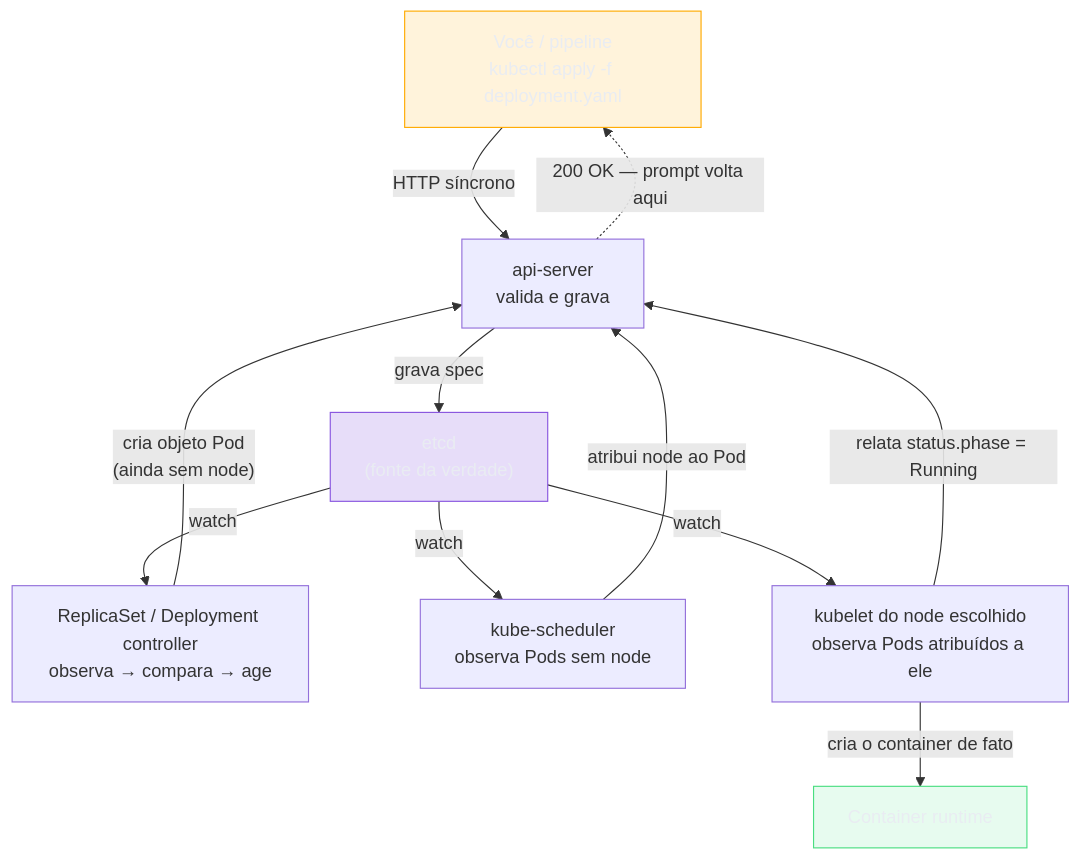
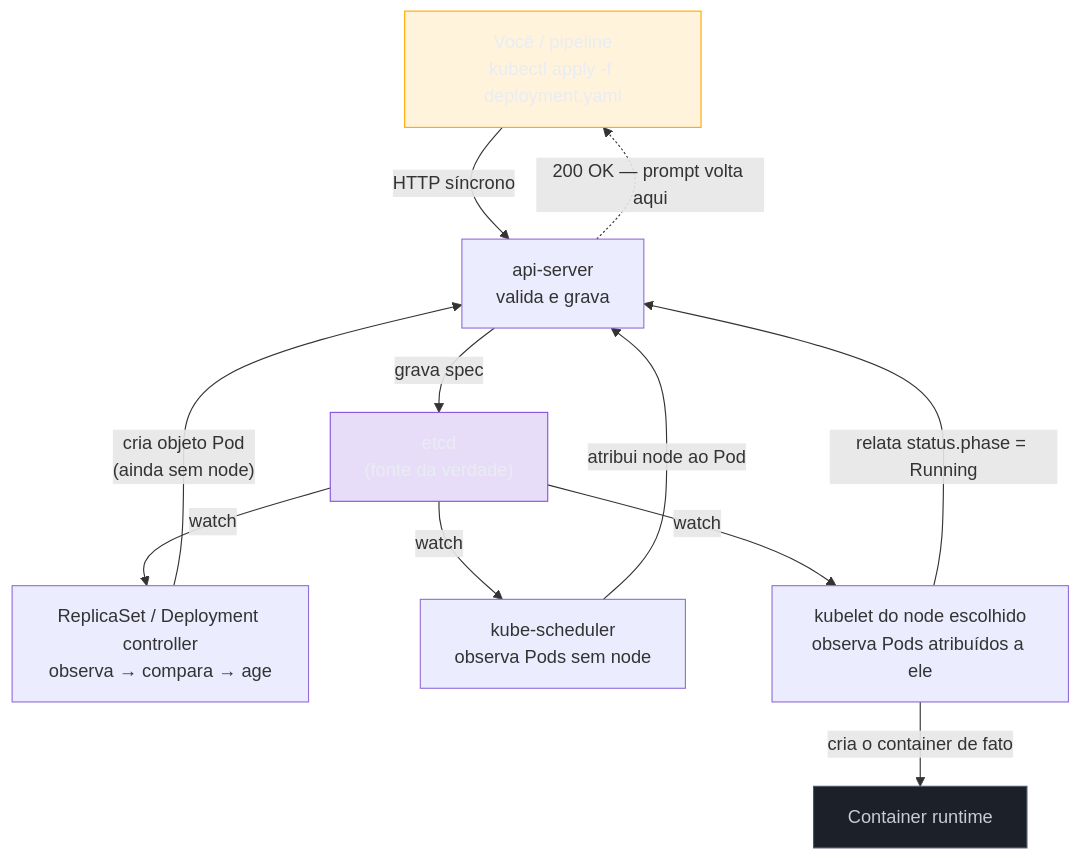
One commit to josenaldo/codex-technomanticus changed the fifth of 5 diagrams in 03-Dominios/Tecnologia/Infraestrutura/Kubernetes/02 - O loop de reconciliação.md. Above: the diagram before and after it, drawn with Mermaid. The commit also changed other lines of this file and 601 other files, not shown here.

````diff
--- a/03-Dominios/Tecnologia/Infraestrutura/Kubernetes/02 - O loop de reconciliação.md
+++ b/03-Dominios/Tecnologia/Infraestrutura/Kubernetes/02 - O loop de reconciliação.md
@@ -359,23 +359,23 @@
 ```mermaid
 graph TB
+    classDef neutro fill:#1B2029,stroke:#4E5666,color:#C6CCD8
     classDef destaque fill:#FFAA0024,stroke:#FFAA00,color:#E9ECF2
     classDef marca fill:#8855DF33,stroke:#8855DF,color:#E9ECF2
-    classDef ok fill:#4ADE8021,stroke:#4ADE80,color:#E9ECF2
     U["Você / pipeline<br/>kubectl apply -f deployment.yaml"] -->|"HTTP síncrono"| AS["api-server<br/>valida e grava"]
     AS -->|"grava spec"| ETCD["etcd<br/>(fonte da verdade)"]
     AS -.->|"200 OK — prompt volta aqui"| U
 
     ETCD -->|"watch"| CTRL["ReplicaSet / Deployment controller<br/>observa → compara → age"]
     CTRL -->|"cria objeto Pod<br/>(ainda sem node)"| AS
 
     ETCD -->|"watch"| SCHED["kube-scheduler<br/>observa Pods sem node"]
     SCHED -->|"atribui node ao Pod"| AS
 
     ETCD -->|"watch"| KUBELET["kubelet do node escolhido<br/>observa Pods atribuídos a ele"]
     KUBELET -->|"cria o container de fato"| RT["Container runtime"]
     KUBELET -->|"relata status.phase = Running"| AS
 
     class U destaque
     class ETCD marca
-    class RT ok
+    class RT neutro
 ```
````
